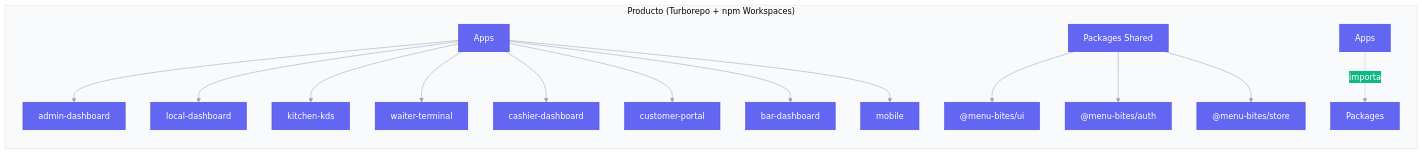
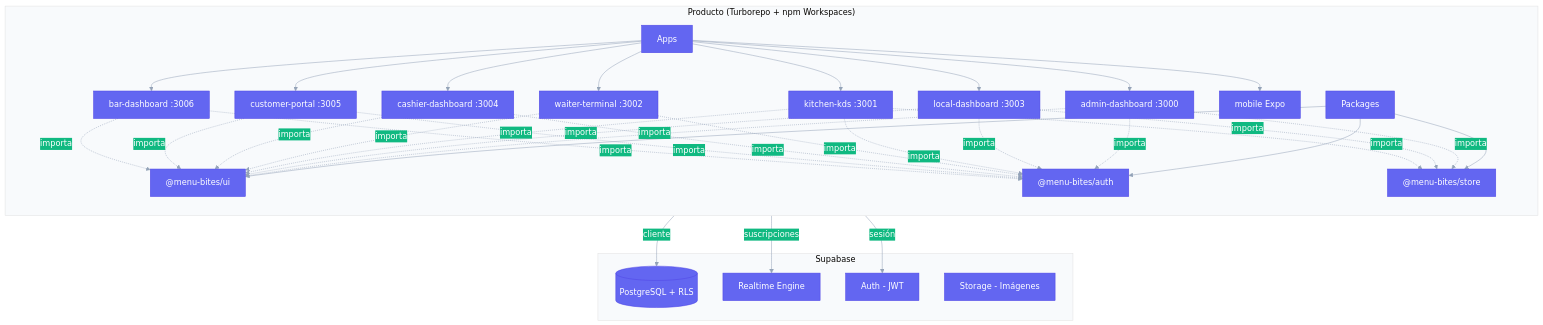
One commit to Hctr2002/Software-Restaurantes changed the second of 3 diagrams in README.md. Above: the diagram before and after it, drawn with Mermaid. The commit also changed other lines of this file and 24 other files, not shown here.

````diff
--- a/README.md
+++ b/README.md
@@ -139,32 +391,45 @@
 ```mermaid
 %%{init: {
   'theme': 'base',
   'themeVariables': {
     'primaryColor': '#6366f1',
     'primaryTextColor': '#ffffff',
     'primaryBorderColor': '#4f46e5',
     'lineColor': '#94a3b8',
     'secondaryColor': '#10b981',
     'tertiaryColor': '#f8fafc',
     'fontFamily': 'Inter, sans-serif'
   }
 }}%%
 graph TD
     subgraph Monorepo ["Producto (Turborepo + npm Workspaces)"]
         direction TB
-        A[Apps] --> B[admin-dashboard]
-        A --> C[local-dashboard]
-        A --> D[kitchen-kds]
-        A --> E[waiter-terminal]
-        A --> F[cashier-dashboard]
-        A --> G[customer-portal]
-        A --> H[bar-dashboard]
-        A --> I[mobile]
+        A[Apps] --> B[admin-dashboard :3000]
+        A --> C[local-dashboard :3003]
+        A --> D[kitchen-kds :3001]
+        A --> E[waiter-terminal :3002]
+        A --> F[cashier-dashboard :3004]
+        A --> G[customer-portal :3005]
+        A --> H[bar-dashboard :3006]
+        A --> I[mobile Expo]
 
-        P[Packages Shared] --> UI["@menu-bites/ui"]
+        P[Packages] --> UI["@menu-bites/ui"]
         P --> AUTH["@menu-bites/auth"]
         P --> STORE["@menu-bites/store"]
 
-        Apps -.->|importa| Packages
+        B & C & D & E & F & G & H -.->|importa| UI
+        B & C & D & E & F & G & H -.->|importa| AUTH
+        B & C & D -.->|importa| STORE
     end
+
+    subgraph Backend ["Supabase"]
+        DB[(PostgreSQL + RLS)]
+        RT[Realtime Engine]
+        AU[Auth - JWT]
+        ST[Storage - Imágenes]
+    end
+
+    AUTH -->|cliente| DB
+    AUTH -->|suscripciones| RT
+    AUTH -->|sesión| AU
 ```
````
